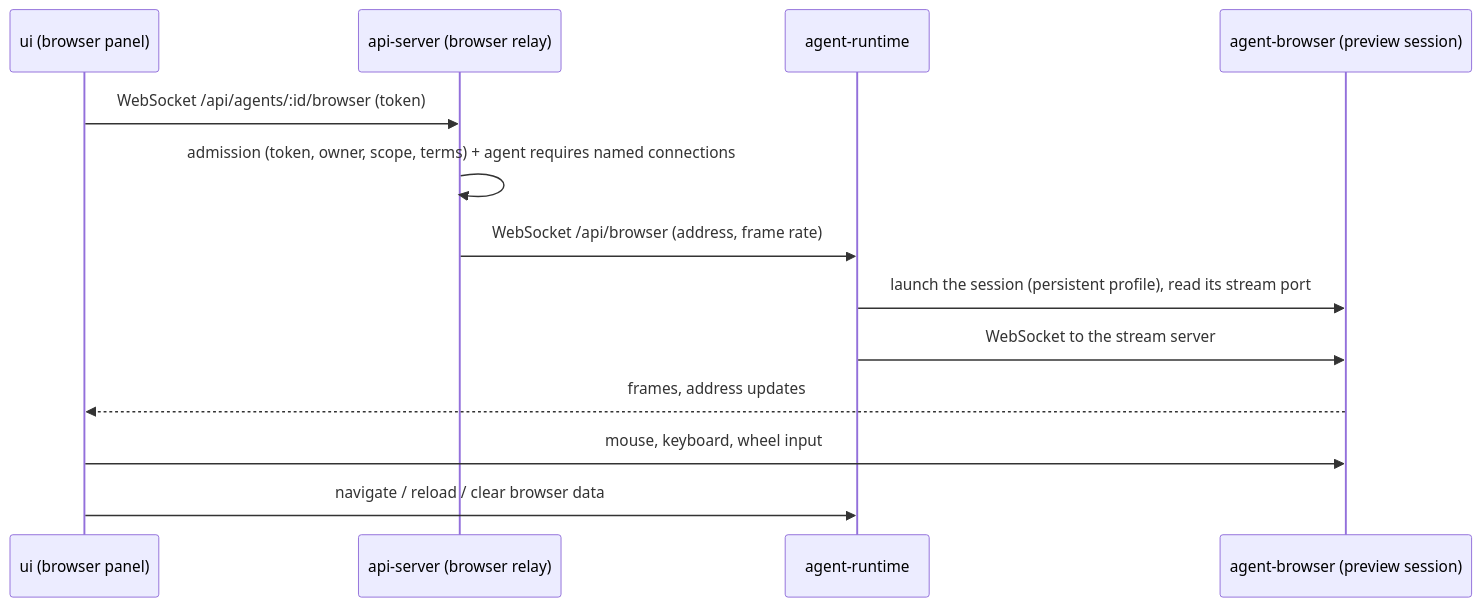
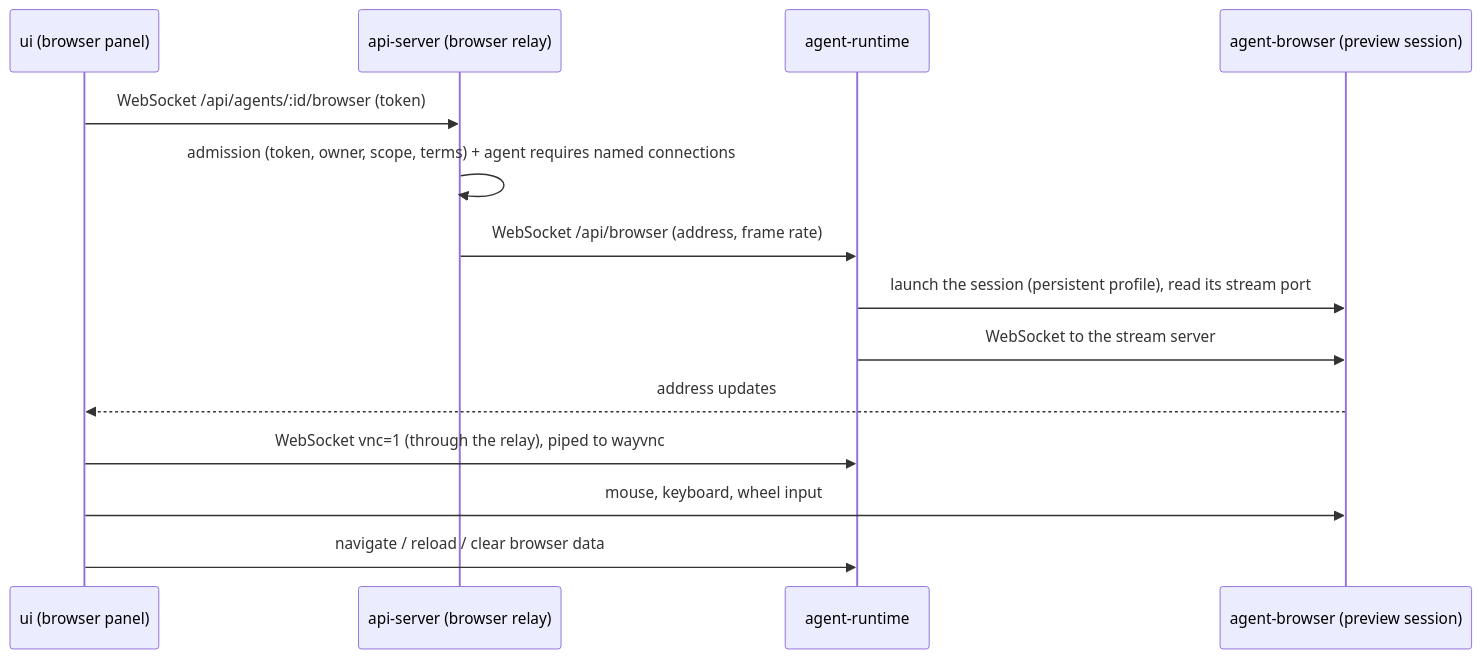
Before and after one commit to dam-agents/dam: the diagram in docs/architecture/browser-panel.md, drawn with Mermaid. The commit also changed other lines of this file and 11 other files, not shown here.

````diff
--- a/docs/architecture/browser-panel.md
+++ b/docs/architecture/browser-panel.md
@@ -36,15 +37,16 @@
 ```mermaid
 sequenceDiagram
   participant UI as ui (browser panel)
   participant API as api-server (browser relay)
   participant RT as agent-runtime
   participant AB as agent-browser (preview session)
   UI->>API: WebSocket /api/agents/:id/browser (token)
   API->>API: admission (token, owner, scope, terms) + agent requires named connections
   API->>RT: WebSocket /api/browser (address, frame rate)
   RT->>AB: launch the session (persistent profile), read its stream port
   RT->>AB: WebSocket to the stream server
-  AB-->>UI: frames, address updates
+  AB-->>UI: address updates
+  UI->>RT: WebSocket vnc=1 (through the relay), piped to wayvnc
   UI->>AB: mouse, keyboard, wheel input
   UI->>RT: navigate / reload / clear browser data
 ```
````
